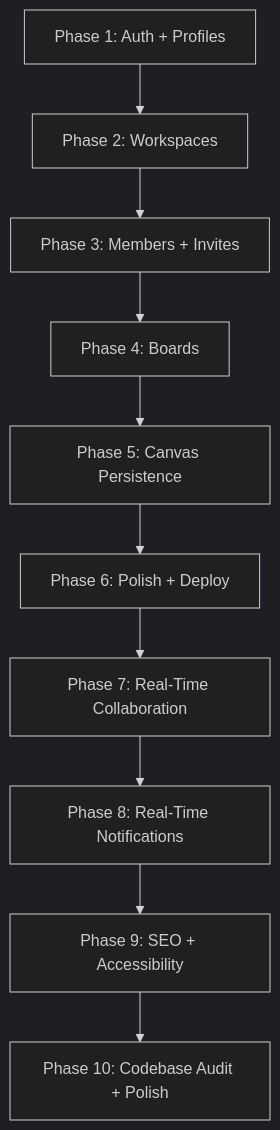
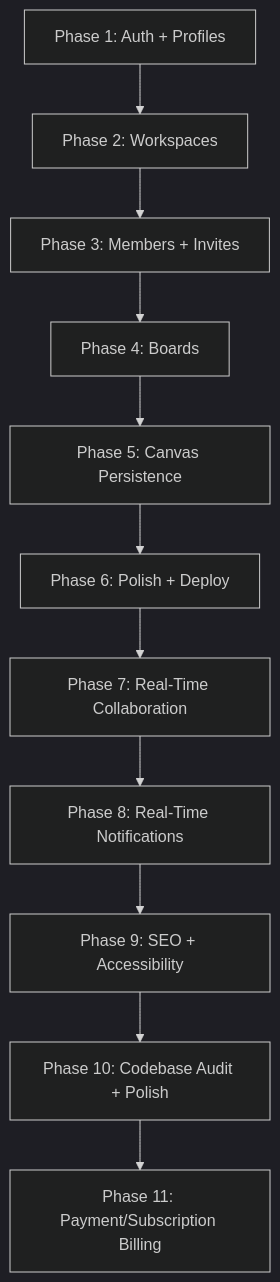
The first of 2 diagrams in docs/phases.md (tushar-180/WhiteBoardSaaS2), drawn with Mermaid (dark theme) before and after one commit. The commit also changed other lines of this file and 53 other files, not shown here.

````diff
--- a/docs/phases.md
+++ b/docs/phases.md
@@ -30,12 +31,13 @@
 ```mermaid
 graph TD
     P1[Phase 1: Auth + Profiles] --> P2[Phase 2: Workspaces]
     P2 --> P3[Phase 3: Members + Invites]
     P3 --> P4[Phase 4: Boards]
     P4 --> P5[Phase 5: Canvas Persistence]
     P5 --> P6[Phase 6: Polish + Deploy]
     P6 --> P7[Phase 7: Real-Time Collaboration]
     P7 --> P8[Phase 8: Real-Time Notifications]
     P8 --> P9[Phase 9: SEO + Accessibility]
     P9 --> P10[Phase 10: Codebase Audit + Polish]
+    P10 --> P11[Phase 11: Payment/Subscription Billing]
 ```
````
